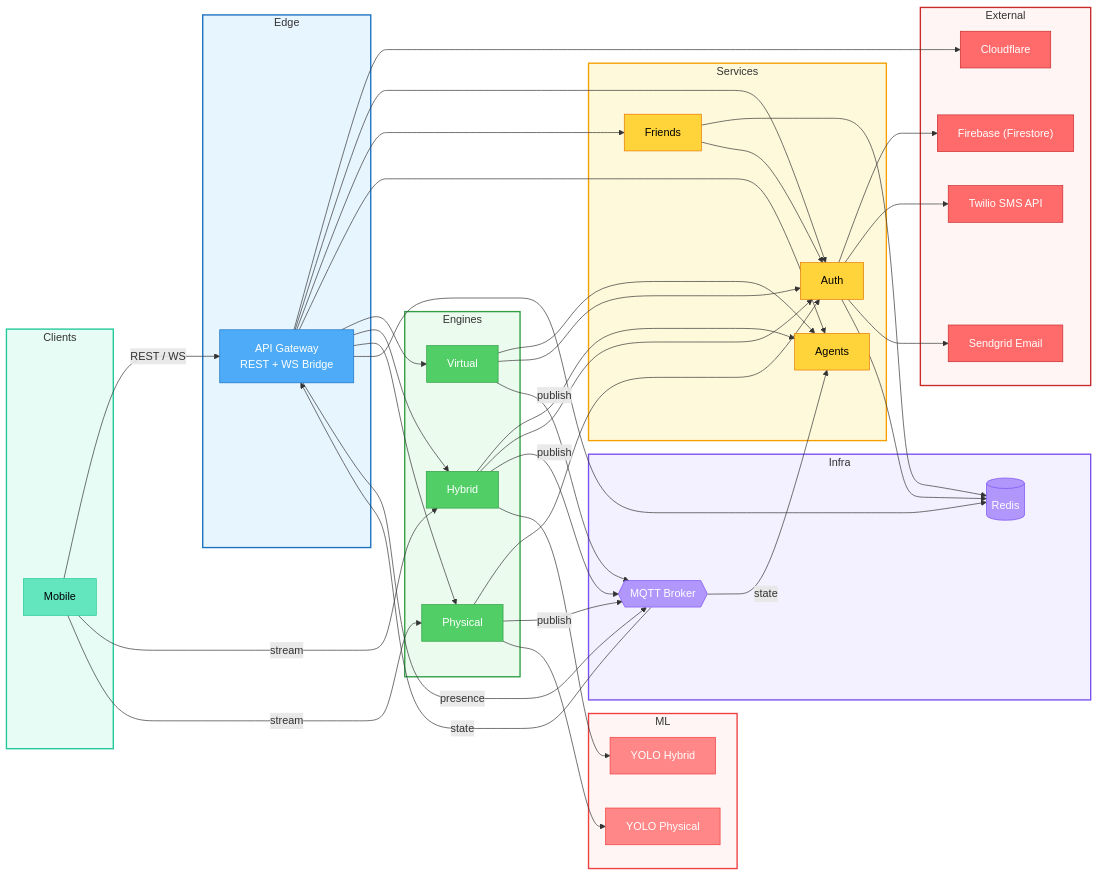
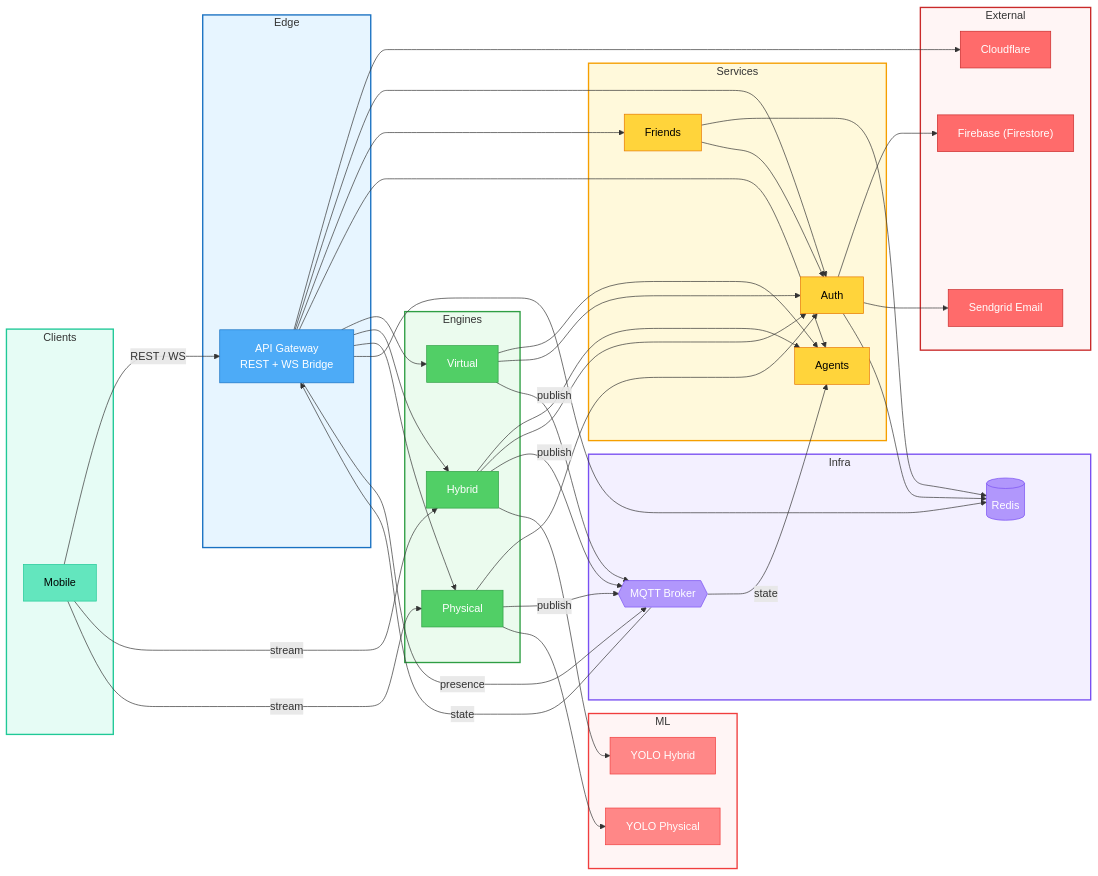
The diagram in Docs/Arquitecture/final-arquitecture.md (PEI09-25-26/Sueca), drawn with Mermaid before and after one commit.

Commit message:
architecture update

```diff
--- a/Docs/Arquitecture/final-arquitecture.md
+++ b/Docs/Arquitecture/final-arquitecture.md
@@ -41,8 +41,7 @@
 subgraph External
     Cloudflare["Cloudflare"]
     Firebase["Firebase (Firestore)"]
-    Twilio["Twilio SMS API"]
-    SendGrid["Sendgrid Email"]
+    SendGrid["Sendgrid Email "]
 end
 
 %% ==================== FLOWS ====================
@@ -58,7 +57,6 @@
 Gateway --> PE
 
 Auth --> Firebase
-Auth --> Twilio
 Auth --> SendGrid
 
 Auth --> Redis
@@ -102,7 +100,7 @@
 class Auth,Friends,Agents service
 class VE,HE,PE engine
 class Redis,EMQX infra
-class Firebase,Twilio,SendGrid,Cloudflare external
+class Firebase,SendGrid,Cloudflare external
 class YOLO_H,YOLO_P ml
 
 %% ==================== SUBGRAPH BACKGROUNDS ====================
```
